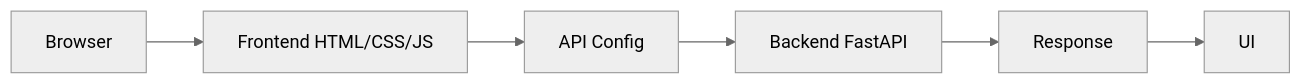
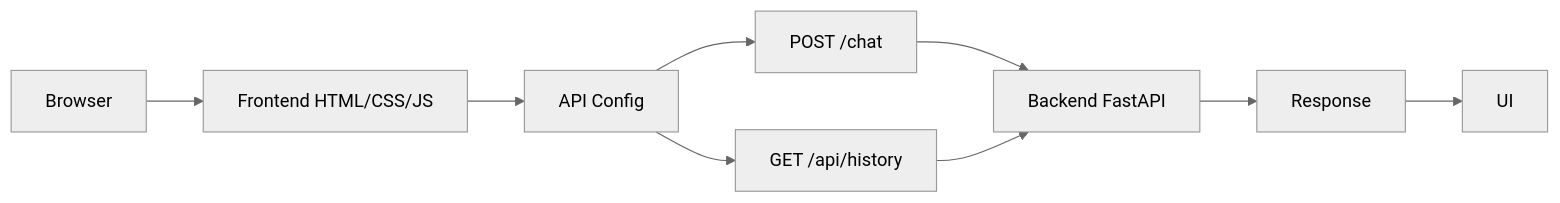
Before and after one commit to savhilvi-code/cardiagnostic-ai: the diagram in ARCHITECTURE_FRONTEND.md, drawn with Mermaid (neutral theme). The commit also changed other lines of this file and 9 other files, not shown here.

Commit message:
Update frontend for backend-driven PULS chat and history

````diff
--- a/ARCHITECTURE_FRONTEND.md
+++ b/ARCHITECTURE_FRONTEND.md
@@ -137,8 +135,11 @@
 ```mermaid
 flowchart LR
     Browser[Browser] --> Frontend[Frontend HTML/CSS/JS]
     Frontend --> APIConfig[API Config]
-    APIConfig --> Backend[Backend FastAPI]
+    APIConfig --> Chat[POST /chat]
+    APIConfig --> History[GET /api/history]
+    Chat --> Backend[Backend FastAPI]
+    History --> Backend
     Backend --> Response[Response]
     Response --> UI[UI]
 ```
````
